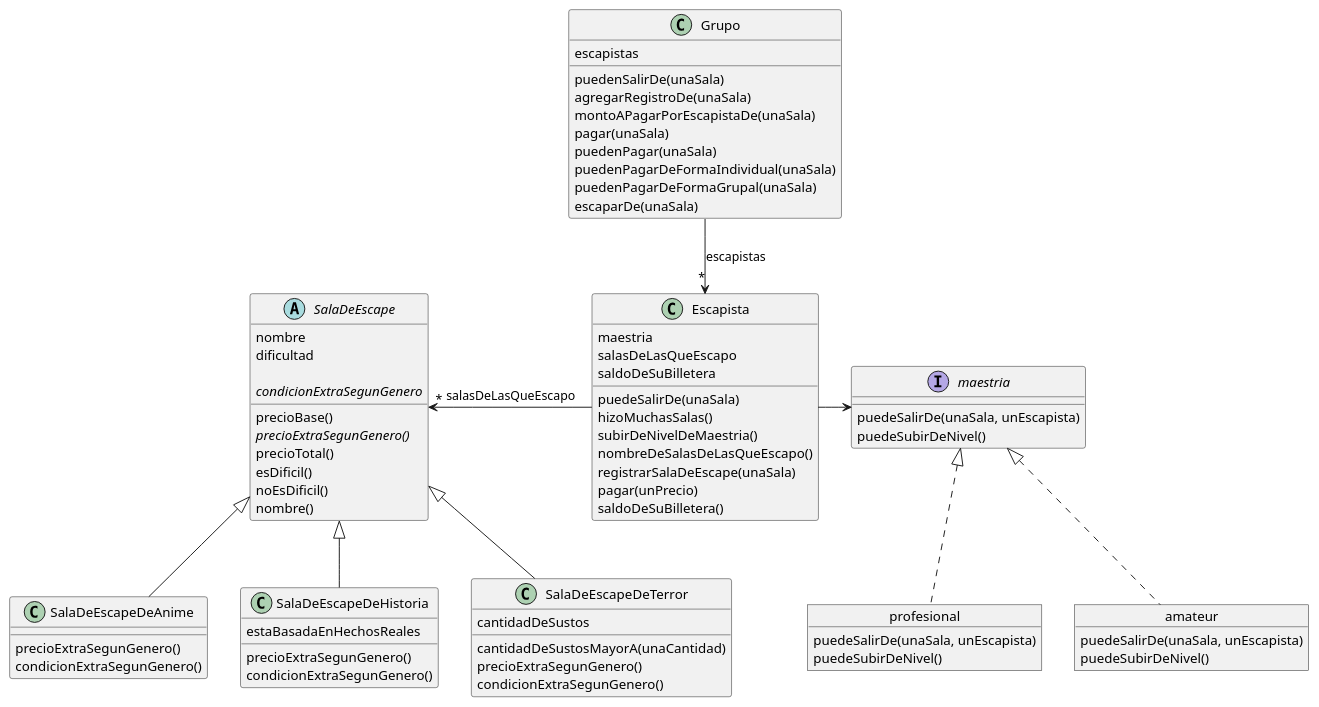
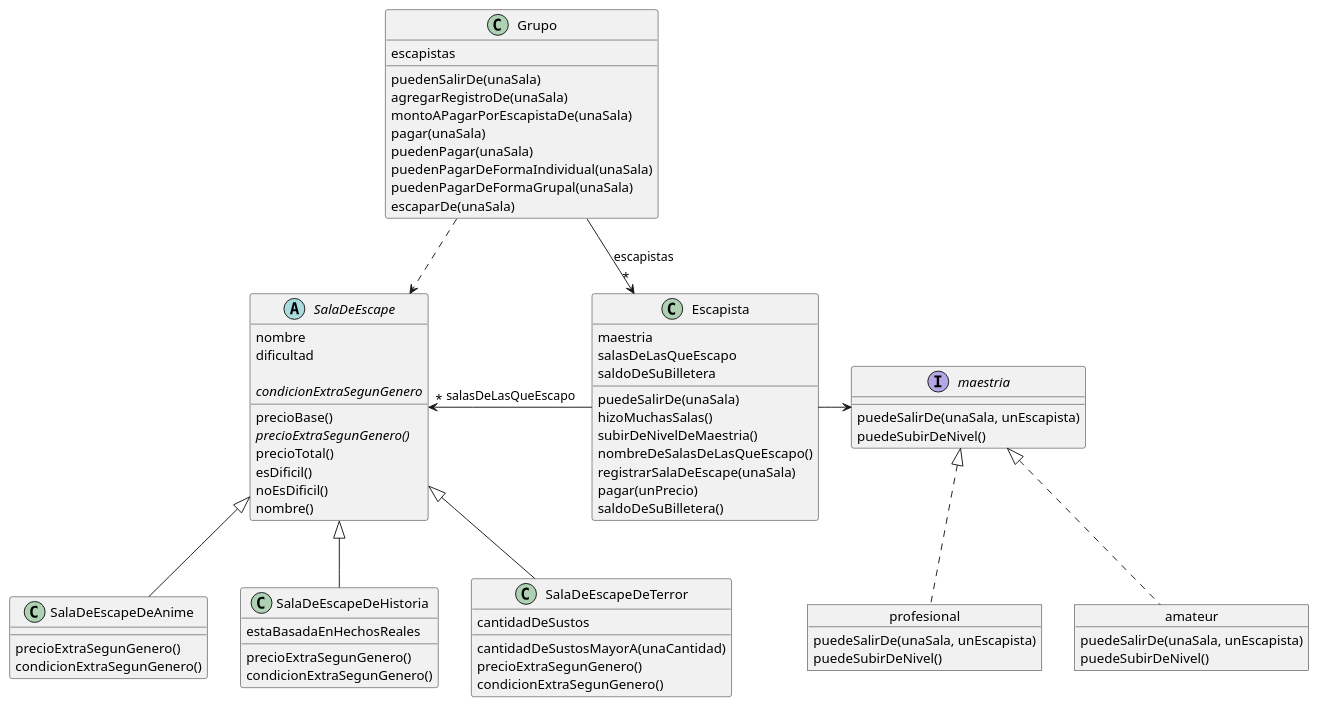
Before and after one commit to gonzivaser/Paradigmas-UTN: the diagram in Objetos/SimulacroParcial2024/src/diagrama/diagrama.plantuml, drawn with PlantUML. The commit also changed 2 other files, not shown here.

Commit message:
Solucionando algo del diagrama del SimulacroParcial2024

```diff
--- a/Objetos/SimulacroParcial2024/src/diagrama/diagrama.plantuml
+++ b/Objetos/SimulacroParcial2024/src/diagrama/diagrama.plantuml
@@ -1,90 +1,91 @@
 @startuml diagramaDeSimulacroParcial2024
 
 abstract class SalaDeEscape {
     nombre 
     dificultad
 
     precioBase()
     {abstract} precioExtraSegunGenero()
     precioTotal()
     esDificil()
     {abstract} condicionExtraSegunGenero
     noEsDificil()
     nombre()
 }
 
 class SalaDeEscapeDeAnime extends SalaDeEscape {
     precioExtraSegunGenero()
     condicionExtraSegunGenero()
 }
 
 class SalaDeEscapeDeHistoria extends SalaDeEscape {
     estaBasadaEnHechosReales
 
     precioExtraSegunGenero()
     condicionExtraSegunGenero()
 }
 
 class SalaDeEscapeDeTerror extends SalaDeEscape {
     cantidadDeSustos
 
     cantidadDeSustosMayorA(unaCantidad)
     precioExtraSegunGenero()
     condicionExtraSegunGenero()
 }
 
 
 
 class Escapista {
     maestria 
     salasDeLasQueEscapo
     saldoDeSuBilletera
 
     puedeSalirDe(unaSala)
     hizoMuchasSalas()
     subirDeNivelDeMaestria()
     nombreDeSalasDeLasQueEscapo()
     registrarSalaDeEscape(unaSala)
     pagar(unPrecio)
     saldoDeSuBilletera()
 }
 
 object amateur {
     puedeSalirDe(unaSala, unEscapista)
     puedeSubirDeNivel()
 }
 
 object profesional {
     puedeSalirDe(unaSala, unEscapista)
     puedeSubirDeNivel()
 }
 
 interface maestria {
     puedeSalirDe(unaSala, unEscapista)
     puedeSubirDeNivel()
 }
 
 
 
 class Grupo {
     escapistas
 
     puedenSalirDe(unaSala)
     agregarRegistroDe(unaSala)
     montoAPagarPorEscapistaDe(unaSala)
     pagar(unaSala)
     puedenPagar(unaSala)
     puedenPagarDeFormaIndividual(unaSala)
     puedenPagarDeFormaGrupal(unaSala)
     escaparDe(unaSala)
 }
 
 
 
 Grupo --> "*" Escapista : escapistas
+Grupo ..> SalaDeEscape
 Escapista -l-> "*" SalaDeEscape : salasDeLasQueEscapo
 Escapista -r-> maestria
 amateur .u.|> maestria
 profesional .u.|> maestria
 
 @enduml
```
